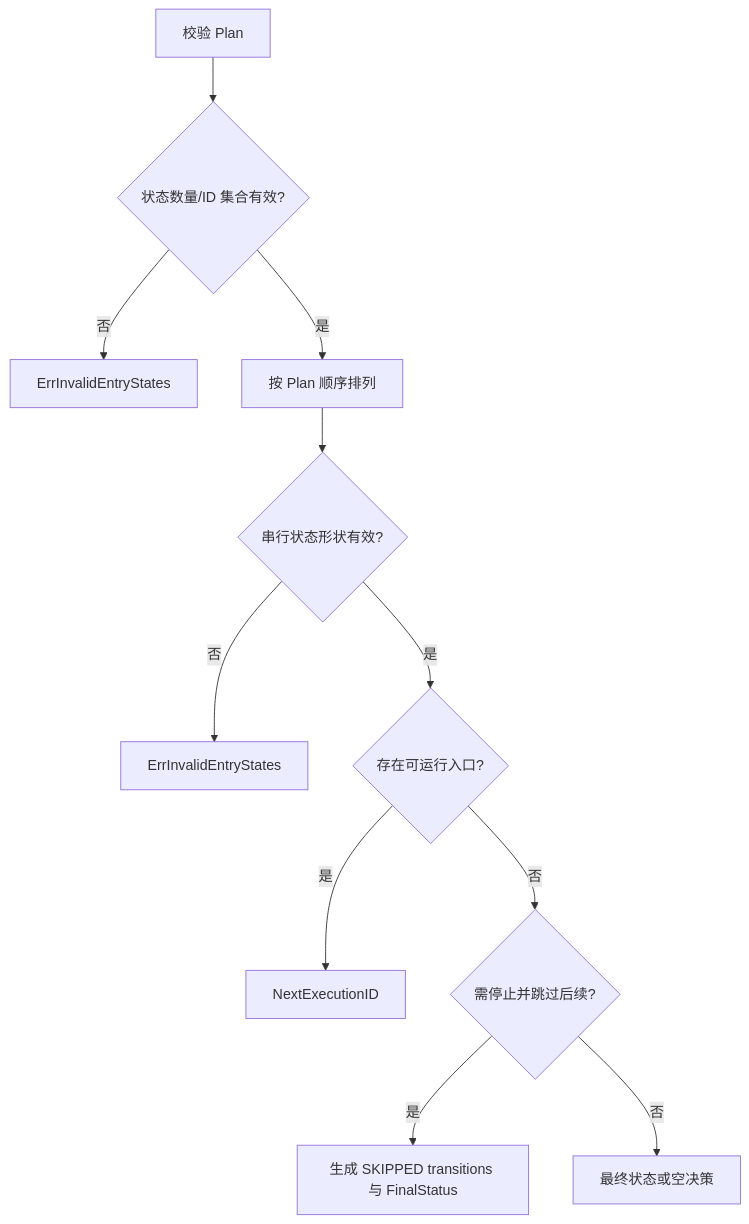
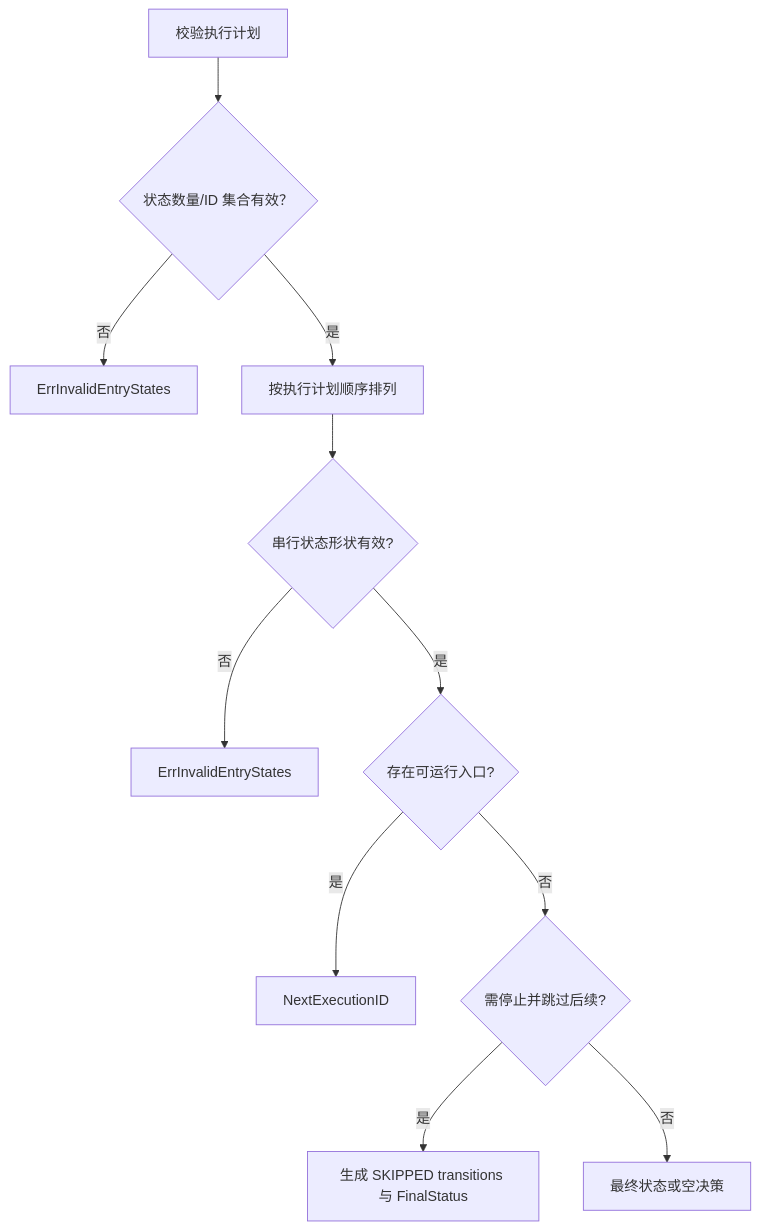
One commit to Capsule7446/healix-core changed the second of 2 diagrams in docs/application/scheduling/decide-next-entry.md. Above: the diagram before and after it, drawn with Mermaid. The commit also changed 180 other files, not shown here.

````diff
--- a/docs/application/scheduling/decide-next-entry.md
+++ b/docs/application/scheduling/decide-next-entry.md
@@ -33,13 +33,13 @@
 ```mermaid
 flowchart TD
-    A[校验 Plan] --> B{状态数量/ID 集合有效?}
+    A[校验执行计划] --> B{状态数量/ID 集合有效？}
     B -- 否 --> E1[ErrInvalidEntryStates]
-    B -- 是 --> C[按 Plan 顺序排列]
+    B -- 是 --> C[按执行计划顺序排列]
     C --> D{串行状态形状有效?}
     D -- 否 --> E2[ErrInvalidEntryStates]
     D -- 是 --> F{存在可运行入口?}
     F -- 是 --> G[NextExecutionID]
     F -- 否 --> H{需停止并跳过后续?}
     H -- 是 --> I[生成 SKIPPED transitions 与 FinalStatus]
     H -- 否 --> J[最终状态或空决策]
 ```
````
